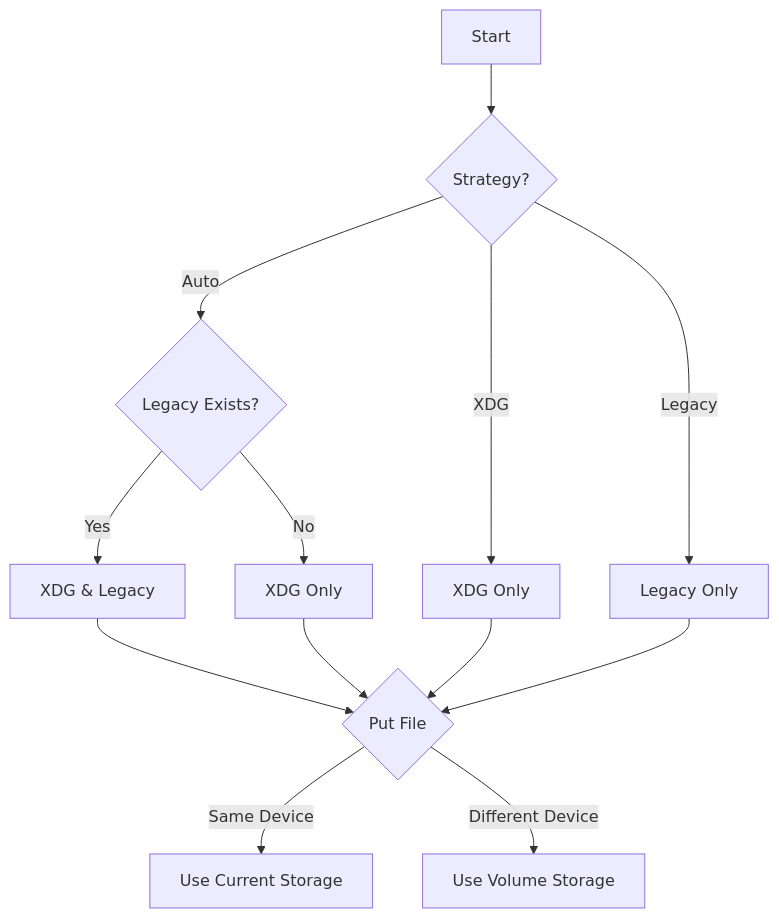
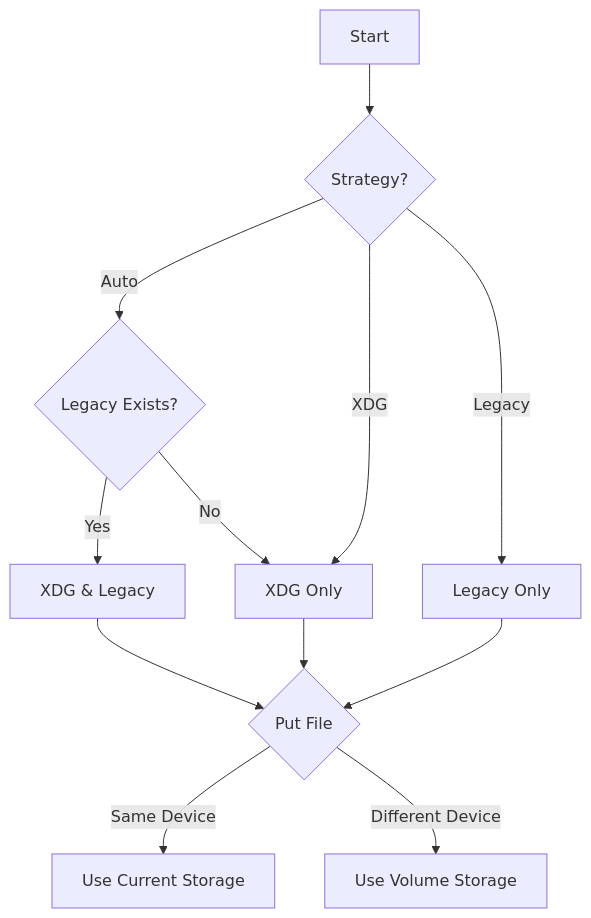
Before and after one commit to babarot/tellme.tokyo: the diagram in content/post/2025/gomi-xdg-trash-spec/index.md, drawn with Mermaid. The commit also changed other lines of this file, not shown here.

````diff
--- a/content/post/2025/gomi-xdg-trash-spec/index.md
+++ b/content/post/2025/gomi-xdg-trash-spec/index.md
@@ -116,17 +116,16 @@
 ```mermaid
 flowchart TD
     A[Start] --> B{Strategy?}
     B -->|Auto| C{Legacy Exists?}
     C -->|Yes| D[XDG & Legacy]
     C -->|No| E[XDG Only]
-    B -->|XDG| F[XDG Only]
+    B -->|XDG| E
     B -->|Legacy| G[Legacy Only]
 
     D --> I{Put File}
     E --> I
-    F --> I
     G --> I
 
     I -->|Same Device| J[Use Current Storage]
     I -->|Different Device| K[Use Volume Storage]
 ```
````
